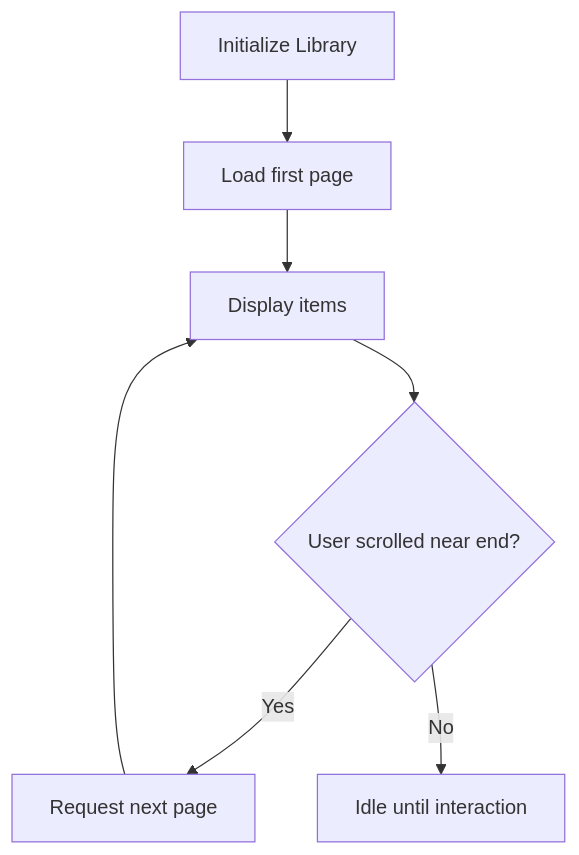
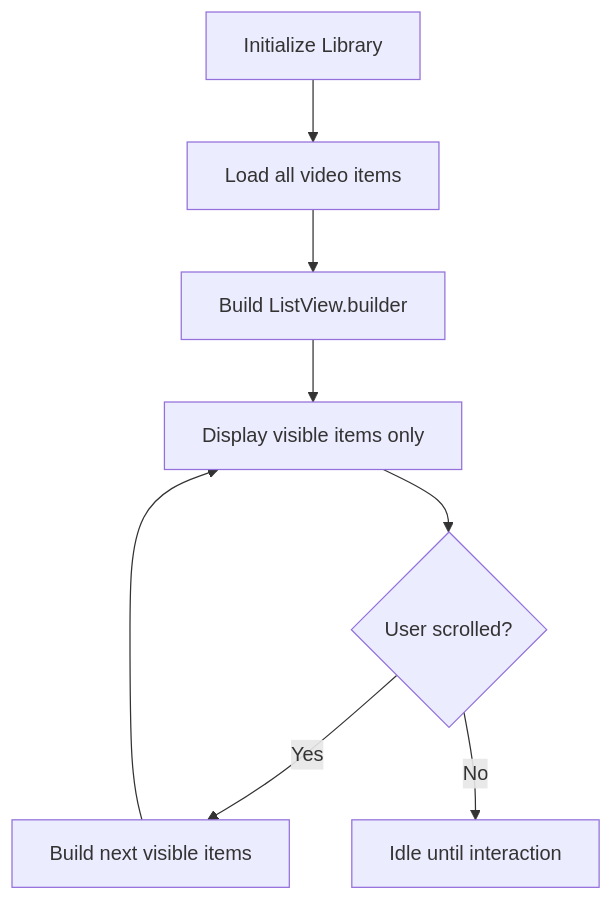
Before and after one commit to Rana76-u/mytube: the seventh of 10 diagrams in .qoder/repowiki/en/content/Feature Modules/Library Feature.md, drawn with Mermaid. The commit also changed other lines of this file and 62 other files, not shown here.

````diff
--- a/.qoder/repowiki/en/content/Feature Modules/Library Feature.md
+++ b/.qoder/repowiki/en/content/Feature Modules/Library Feature.md
@@ -193,9 +293,10 @@
 ```mermaid
 flowchart TD
-Init["Initialize Library"] --> LoadPage["Load first page"]
-LoadPage --> Display["Display items"]
-Display --> UserScroll{"User scrolled near end?"}
-UserScroll --> |Yes| NextPage["Request next page"]
-NextPage --> Display
+Init["Initialize Library"] --> LoadData["Load all video items"]
+LoadData --> BuildList["Build ListView.builder"]
+BuildList --> Display["Display visible items only"]
+Display --> UserScroll{"User scrolled?"}
+UserScroll --> |Yes| BuildNext["Build next visible items"]
+BuildNext --> Display
 UserScroll --> |No| Idle["Idle until interaction"]
 ```
````
